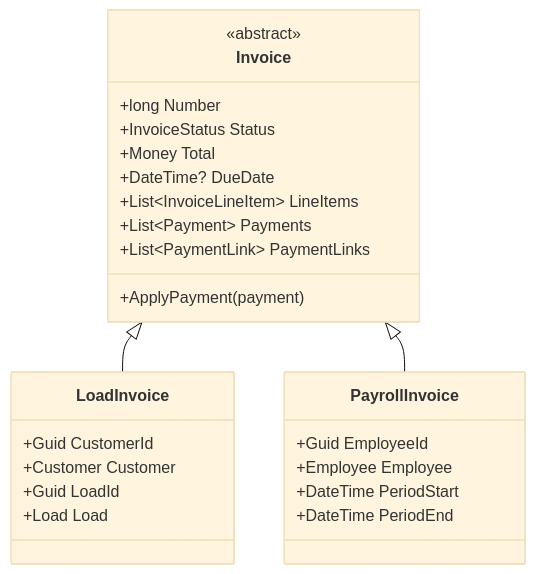
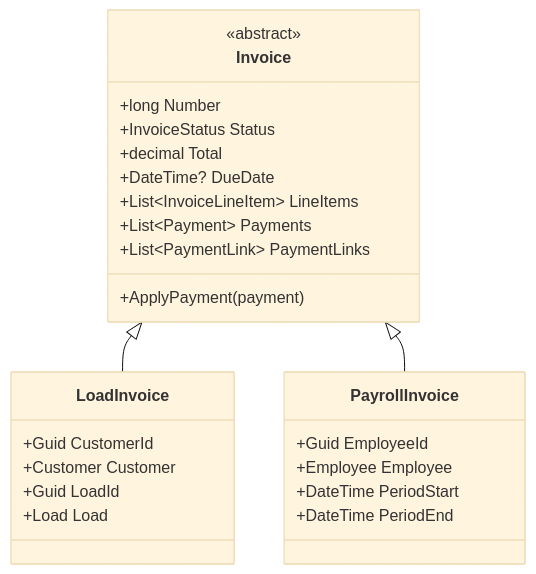
Before and after one commit to suxrobGM/logistics-app: the ninth of 10 diagrams in docs/architecture/domain-model.md, drawn with Mermaid (base theme). The commit also changed other lines of this file and 215 other files, not shown here.

````diff
--- a/docs/architecture/domain-model.md
+++ b/docs/architecture/domain-model.md
@@ -337,31 +337,31 @@
 ```mermaid
 classDiagram
     class Invoice {
         <<abstract>>
         +long Number
         +InvoiceStatus Status
-        +Money Total
+        +decimal Total
         +DateTime? DueDate
         +List~InvoiceLineItem~ LineItems
         +List~Payment~ Payments
         +List~PaymentLink~ PaymentLinks
         +ApplyPayment(payment)
     }
 
     class LoadInvoice {
         +Guid CustomerId
         +Customer Customer
         +Guid LoadId
         +Load Load
     }
 
     class PayrollInvoice {
         +Guid EmployeeId
         +Employee Employee
         +DateTime PeriodStart
         +DateTime PeriodEnd
     }
 
     Invoice <|-- LoadInvoice
     Invoice <|-- PayrollInvoice
 ```
````
